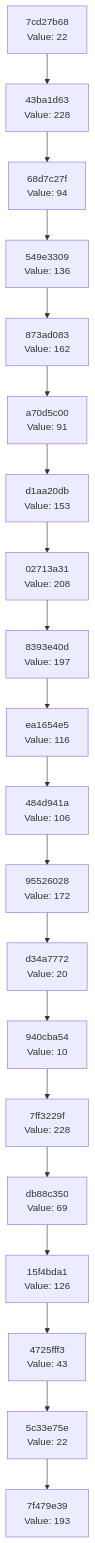
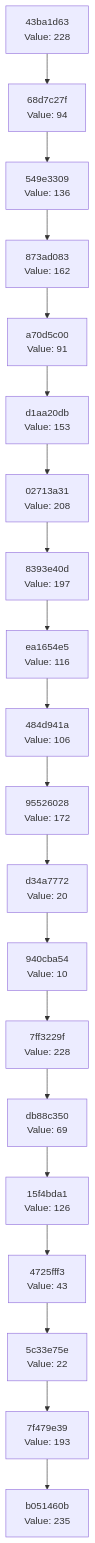
Before and after one commit to Abhisheksinha1506/hash-chain-evolver: the diagram in docs/CHAIN_VISUALIZATION.md, drawn with Mermaid. The commit also changed 2 other files, not shown here.

Commit message:
Evolution Step

````diff
--- a/docs/CHAIN_VISUALIZATION.md
+++ b/docs/CHAIN_VISUALIZATION.md
@@ -3,42 +3,42 @@
 ```mermaid
 graph TD
-    C0["7f479e39<br/>Value: 193"]
-    C1["5c33e75e<br/>Value: 22"]
+    C0["b051460b<br/>Value: 235"]
+    C1["7f479e39<br/>Value: 193"]
     C1 --> C0
-    C2["4725fff3<br/>Value: 43"]
+    C2["5c33e75e<br/>Value: 22"]
     C2 --> C1
-    C3["15f4bda1<br/>Value: 126"]
+    C3["4725fff3<br/>Value: 43"]
     C3 --> C2
-    C4["db88c350<br/>Value: 69"]
+    C4["15f4bda1<br/>Value: 126"]
     C4 --> C3
-    C5["7ff3229f<br/>Value: 228"]
+    C5["db88c350<br/>Value: 69"]
     C5 --> C4
-    C6["940cba54<br/>Value: 10"]
+    C6["7ff3229f<br/>Value: 228"]
     C6 --> C5
-    C7["d34a7772<br/>Value: 20"]
+    C7["940cba54<br/>Value: 10"]
     C7 --> C6
-    C8["95526028<br/>Value: 172"]
+    C8["d34a7772<br/>Value: 20"]
     C8 --> C7
-    C9["484d941a<br/>Value: 106"]
+    C9["95526028<br/>Value: 172"]
     C9 --> C8
-    C10["ea1654e5<br/>Value: 116"]
+    C10["484d941a<br/>Value: 106"]
     C10 --> C9
-    C11["8393e40d<br/>Value: 197"]
+    C11["ea1654e5<br/>Value: 116"]
     C11 --> C10
-    C12["02713a31<br/>Value: 208"]
+    C12["8393e40d<br/>Value: 197"]
     C12 --> C11
-    C13["d1aa20db<br/>Value: 153"]
+    C13["02713a31<br/>Value: 208"]
     C13 --> C12
-    C14["a70d5c00<br/>Value: 91"]
+    C14["d1aa20db<br/>Value: 153"]
     C14 --> C13
-    C15["873ad083<br/>Value: 162"]
+    C15["a70d5c00<br/>Value: 91"]
     C15 --> C14
-    C16["549e3309<br/>Value: 136"]
+    C16["873ad083<br/>Value: 162"]
     C16 --> C15
-    C17["68d7c27f<br/>Value: 94"]
+    C17["549e3309<br/>Value: 136"]
     C17 --> C16
-    C18["43ba1d63<br/>Value: 228"]
+    C18["68d7c27f<br/>Value: 94"]
     C18 --> C17
-    C19["7cd27b68<br/>Value: 22"]
+    C19["43ba1d63<br/>Value: 228"]
     C19 --> C18
 ```
````
